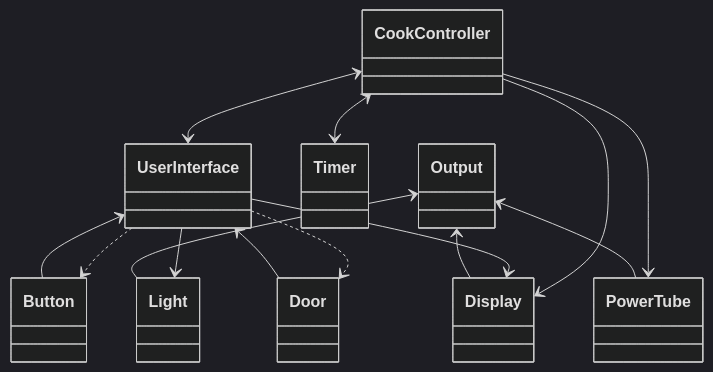
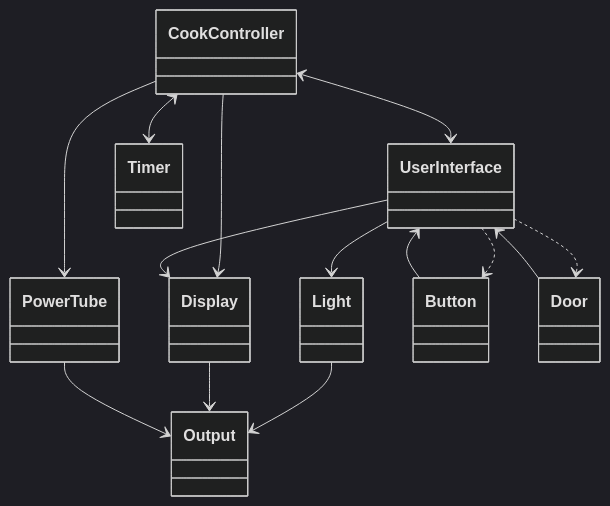
The first of 2 diagrams in README.md (Nivethan1999/SWTE22-1-Obligatorisk-Handin-3), drawn with Mermaid (dark theme) before and after one commit. The commit also changed other lines of this file, not shown here.

Commit message:
Updated Diagrams

````diff
--- a/README.md
+++ b/README.md
@@ -4,16 +4,16 @@
 ```mermaid
 classDiagram
 CookController<-->UserInterface
 CookController<-->Timer
 CookController-->PowerTube
 CookController-->Display
 UserInterface-->Display
 UserInterface-->Light
 UserInterface..>Button
 UserInterface..>Door
 UserInterface<--Button
 UserInterface<--Door
-Output<--Light
-Output<--Display
-Output<--PowerTube
+Light-->Output
+Display-->Output
+PowerTube-->Output
 ```
````
